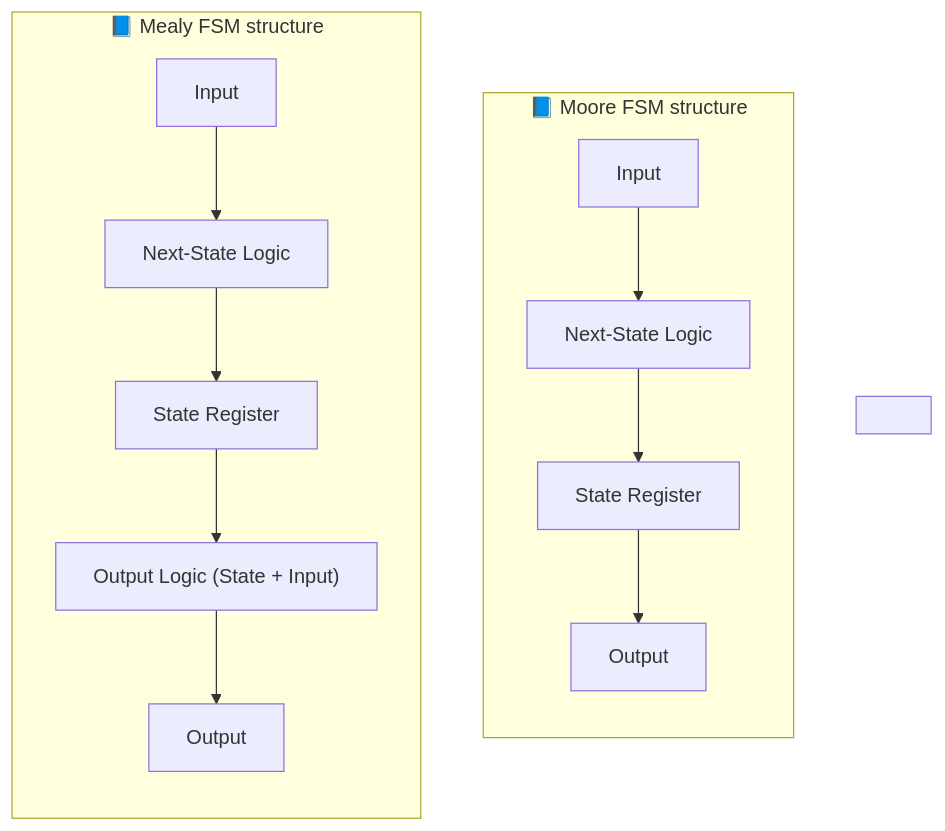
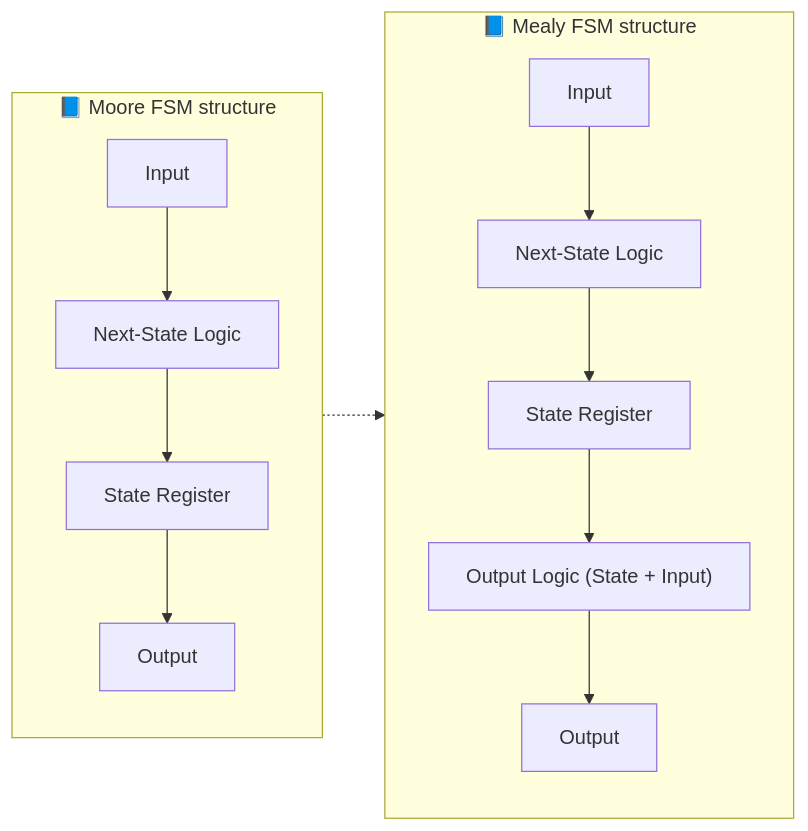
One commit to Samizo-AITL/Edusemi-v4x changed the third of 3 diagrams in chapter2_comb_logic/2.6_fsm_intro.md. Above: the diagram before and after it, drawn with Mermaid.

````diff
--- a/chapter2_comb_logic/2.6_fsm_intro.md
+++ b/chapter2_comb_logic/2.6_fsm_intro.md
@@ -92,27 +92,26 @@
 ```mermaid
-flowchart TB
-
-    %% Moore FSM 構造
+flowchart LR
+    %% Moore FSM 構造（左側）
     subgraph MooreFSM [📘 Moore FSM structure]
         direction TB
         M1["Input"]
         M2["Next-State Logic"]
         M3["State Register"]
         M4["Output"]
         M1 --> M2 --> M3 --> M4
     end
 
-    %% Spacer
-    Empty[ ]
-
-    %% Mealy FSM 構造
+    %% Mealy FSM 構造（右側）
     subgraph MealyFSM [📘 Mealy FSM structure]
         direction TB
         E1["Input"]
         E2["Next-State Logic"]
         E3["State Register"]
         E4["Output Logic (State + Input)"]
         E5["Output"]
         E1 --> E2 --> E3 --> E4 --> E5
     end
+
+    %% 横並びを強制するためのダミーリンク
+    M1 -.-> E1
 ```
````
